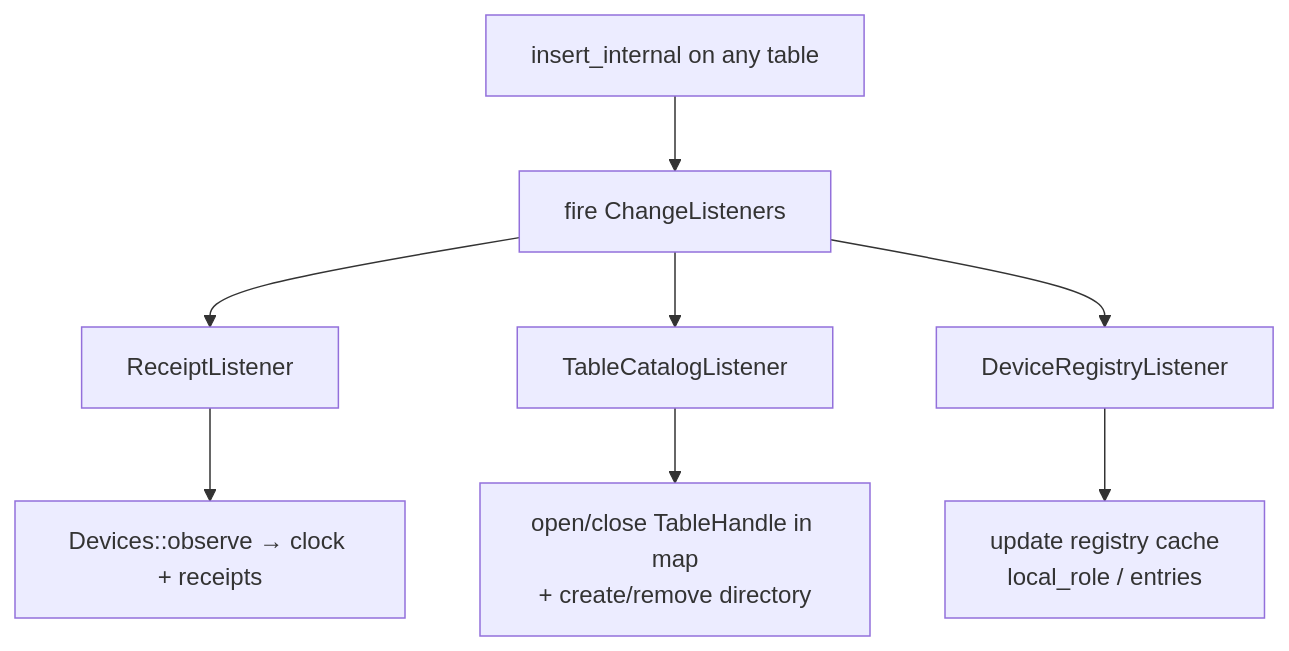
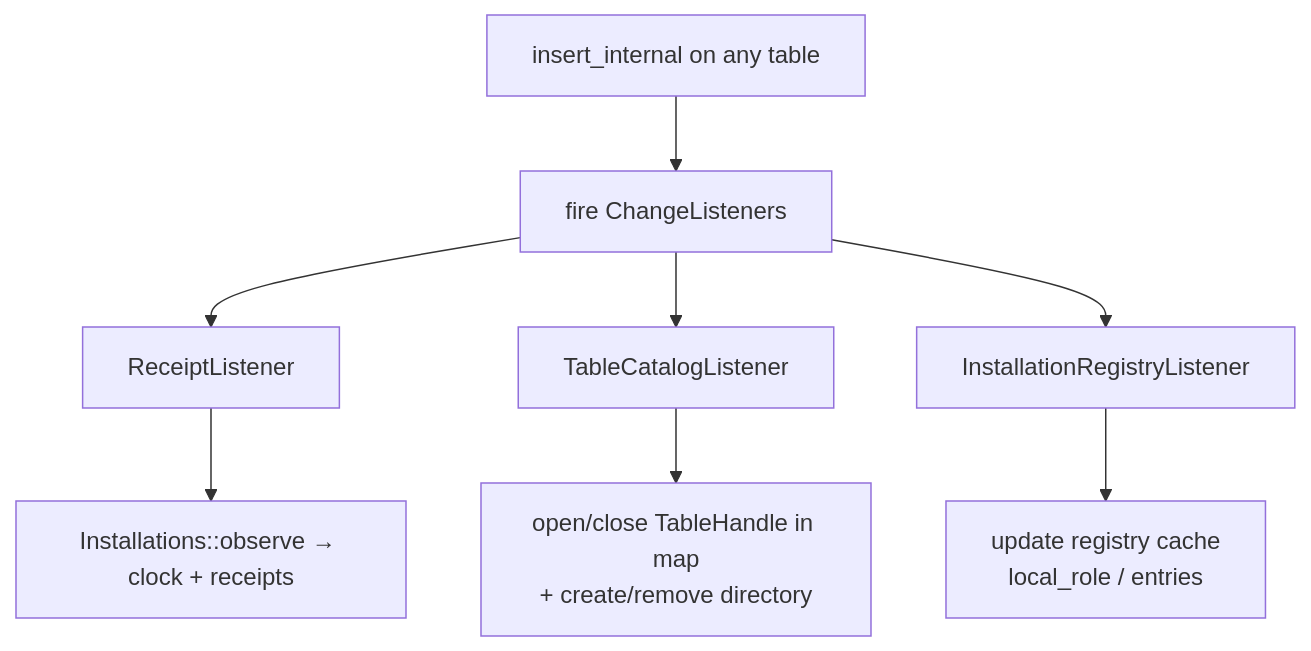
Before and after one commit to ZeninAI/zendb: the seventh of 7 diagrams in .plan/baseline-zendb-as-is.md, drawn with Mermaid. The commit also changed other lines of this file and 53 other files, not shown here.

````diff
--- a/.plan/baseline-zendb-as-is.md
+++ b/.plan/baseline-zendb-as-is.md
@@ -350,10 +350,10 @@
 ```mermaid
 flowchart TD
     I[insert_internal on any table] --> F[fire ChangeListeners]
     F --> RL[ReceiptListener]
     F --> CL[TableCatalogListener]
-    F --> DL[DeviceRegistryListener]
-    RL --> OB[Devices::observe → clock + receipts]
+    F --> DL[InstallationRegistryListener]
+    RL --> OB[Installations::observe → clock + receipts]
     CL --> OM[open/close TableHandle in map<br/>+ create/remove directory]
     DL --> UC[update registry cache<br/>local_role / entries]
 ```
````
